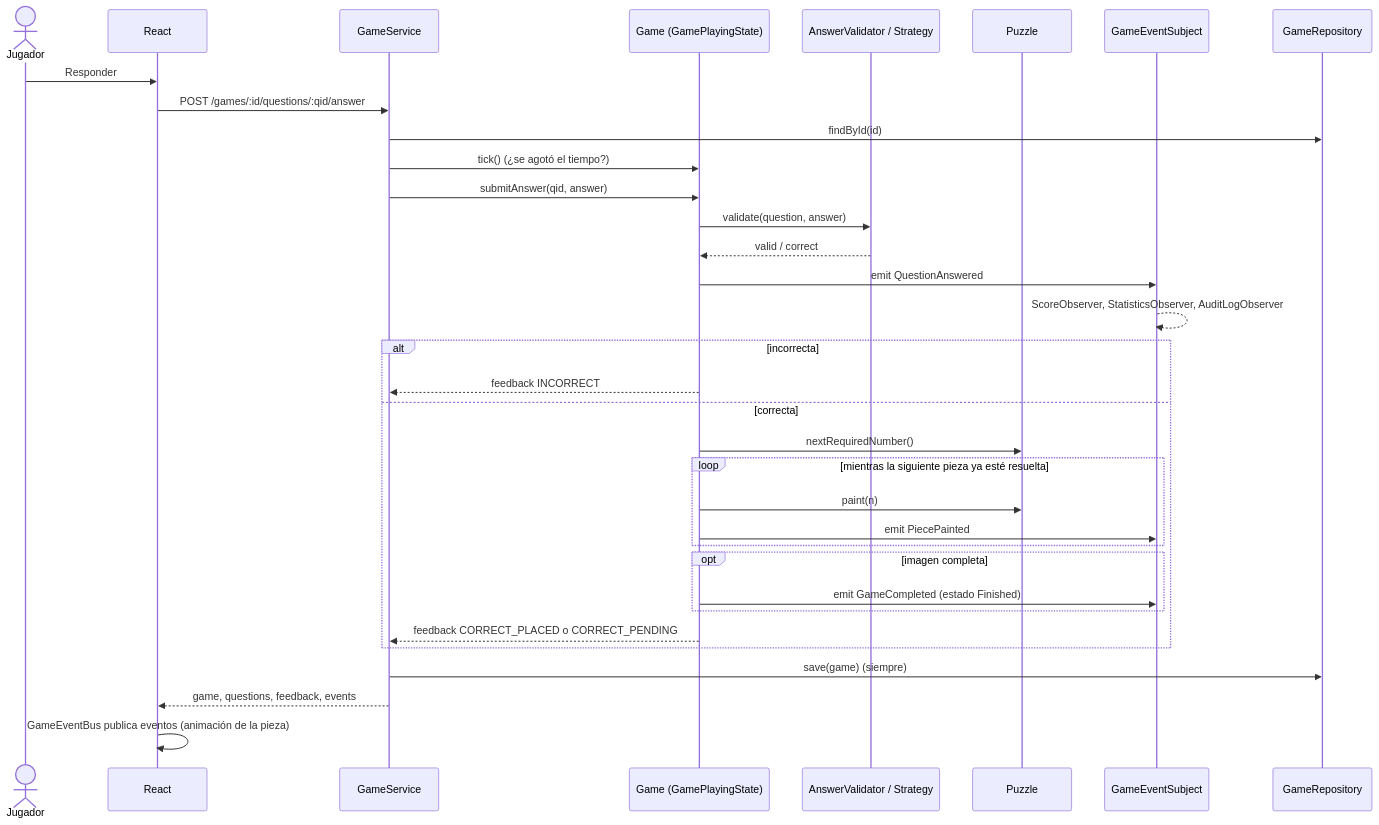
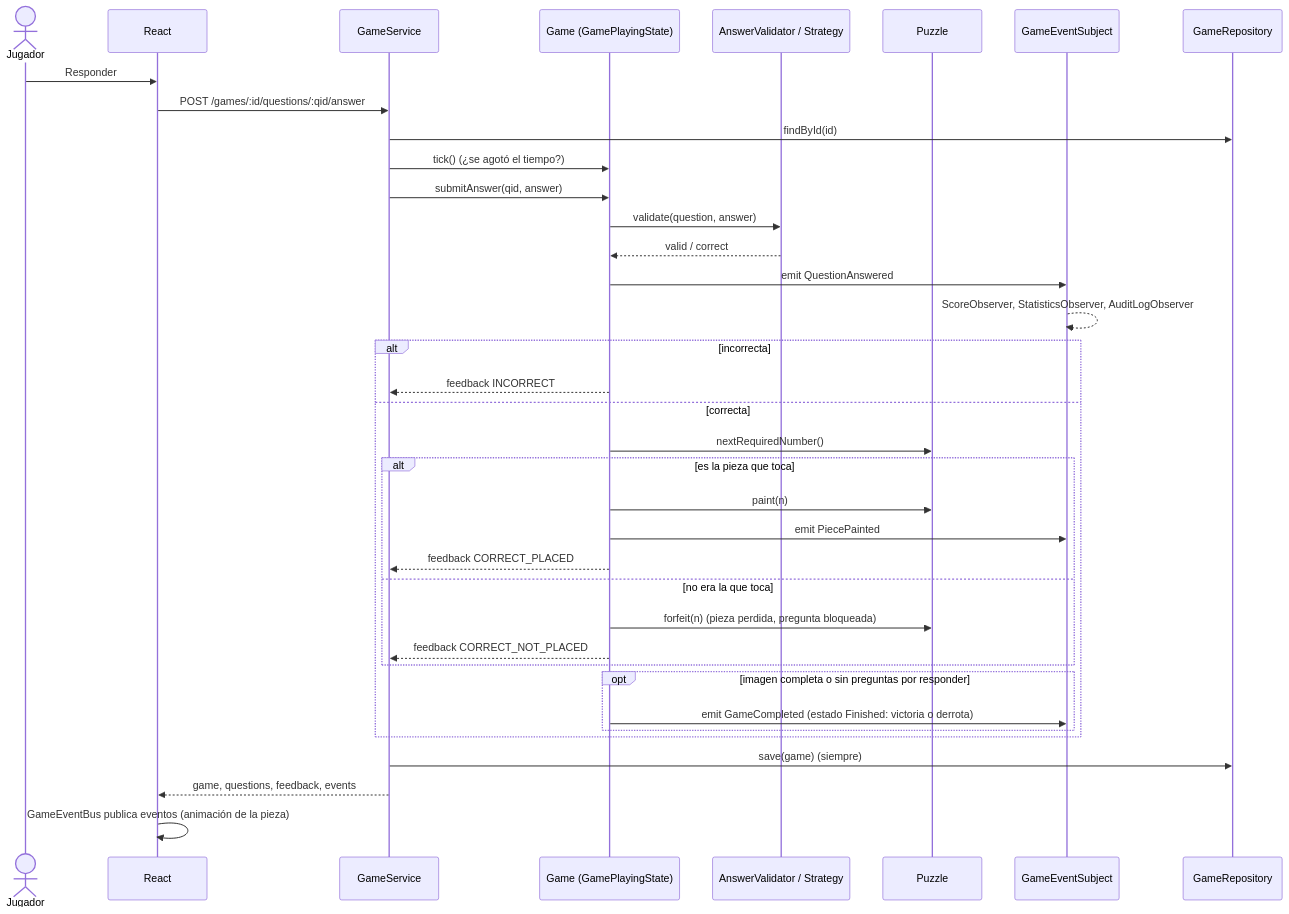
One commit to davidarce0109-sketch/logic_paint changed the third of 5 diagrams in docs/uml.md. Above: the diagram before and after it, drawn with Mermaid. The commit also changed other lines of this file and 22 other files, not shown here.

````diff
--- a/docs/uml.md
+++ b/docs/uml.md
@@ -167,37 +167,40 @@
 ```mermaid
 sequenceDiagram
   actor J as Jugador
   participant UI as React
   participant S as GameService
   participant G as Game (GamePlayingState)
   participant V as AnswerValidator / Strategy
   participant P as Puzzle
   participant E as GameEventSubject
   participant R as GameRepository
 
   J->>UI: Responder
   UI->>S: POST /games/:id/questions/:qid/answer
   S->>R: findById(id)
   S->>G: tick() (¿se agotó el tiempo?)
   S->>G: submitAnswer(qid, answer)
   G->>V: validate(question, answer)
   V-->>G: valid / correct
   G->>E: emit QuestionAnswered
   E-->>E: ScoreObserver, StatisticsObserver, AuditLogObserver
   alt incorrecta
     G-->>S: feedback INCORRECT
   else correcta
     G->>P: nextRequiredNumber()
-    loop mientras la siguiente pieza ya esté resuelta
+    alt es la pieza que toca
       G->>P: paint(n)
       G->>E: emit PiecePainted
+      G-->>S: feedback CORRECT_PLACED
+    else no era la que toca
+      G->>P: forfeit(n) (pieza perdida, pregunta bloqueada)
+      G-->>S: feedback CORRECT_NOT_PLACED
     end
-    opt imagen completa
-      G->>E: emit GameCompleted (estado Finished)
+    opt imagen completa o sin preguntas por responder
+      G->>E: emit GameCompleted (estado Finished: victoria o derrota)
     end
-    G-->>S: feedback CORRECT_PLACED o CORRECT_PENDING
   end
   S->>R: save(game) (siempre)
   S-->>UI: game, questions, feedback, events
   UI->>UI: GameEventBus publica eventos (animación de la pieza)
 ```
````
